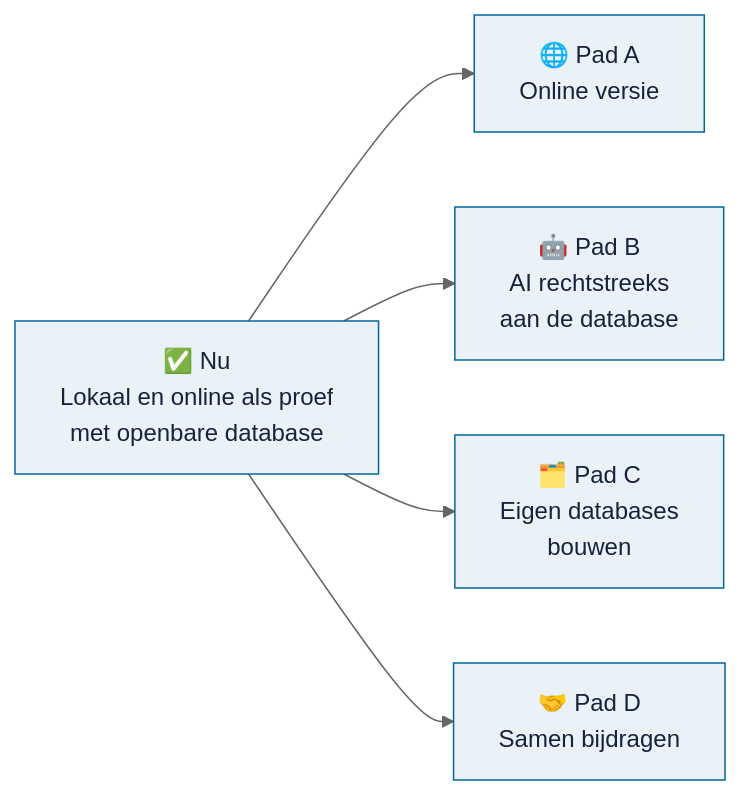
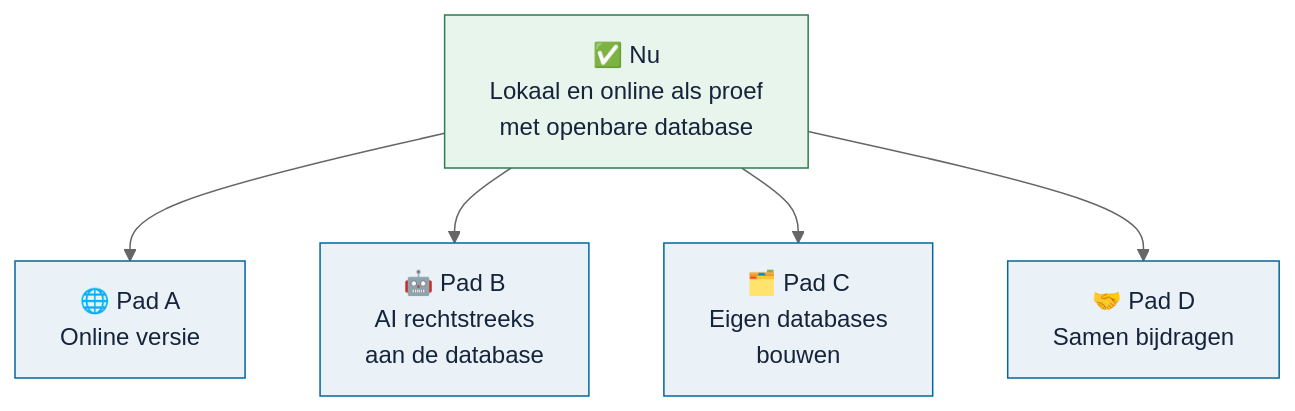
The diagram in docs/routekaart.md (Robert-Worm/omnibus), drawn with Mermaid (neutral theme) before and after one commit. The commit also changed 29 other files, not shown here.

First line of the commit message:
Beeld en schema's: scherp in licht en donker (#130)

````diff
--- a/docs/routekaart.md
+++ b/docs/routekaart.md
@@ -11,9 +11,11 @@
 ```mermaid
-flowchart LR
+flowchart TD
     N["✅ Nu<br/>Lokaal en online als proef<br/>met openbare database"]
     N --> A["🌐 Pad A<br/>Online versie"]
     N --> B["🤖 Pad B<br/>AI rechtstreeks<br/>aan de database"]
     N --> C["🗂️ Pad C<br/>Eigen databases<br/>bouwen"]
     N --> D["🤝 Pad D<br/>Samen bijdragen"]
     classDef default fill:#eaf2f8,stroke:#01689b,color:#15233b;
+    classDef klaar fill:#e8f5ec,stroke:#2e7d4f,color:#15233b;
+    class N klaar;
 ```
````
